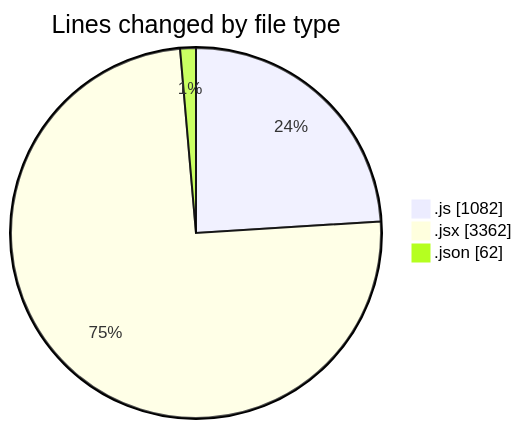
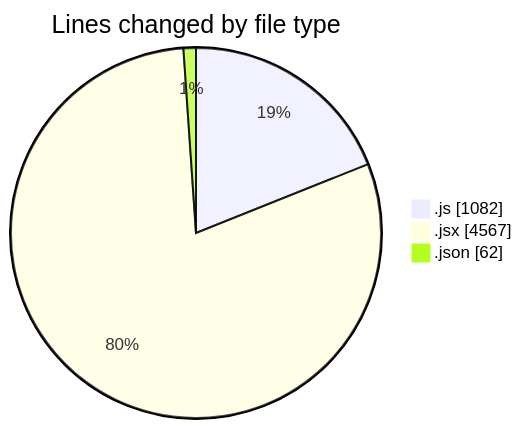
Before and after one commit to nxtqubesakshisongat/code-tracking: the first of 2 diagrams in 2025-08-07/nxtqube_webapp/README.md, drawn with Mermaid. The commit also changed other lines of this file and 1 other file, not shown here.

````diff
--- a/2025-08-07/nxtqube_webapp/README.md
+++ b/2025-08-07/nxtqube_webapp/README.md
@@ -25,7 +25,7 @@
 ```mermaid
 pie showData
 title Lines changed by file type
 ".js" : 1082
-".jsx" : 3362
+".jsx" : 4567
 ".json" : 62
 ```
````
